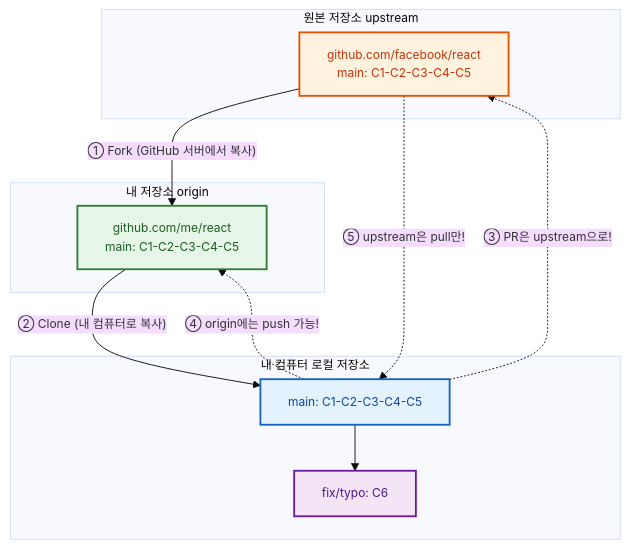
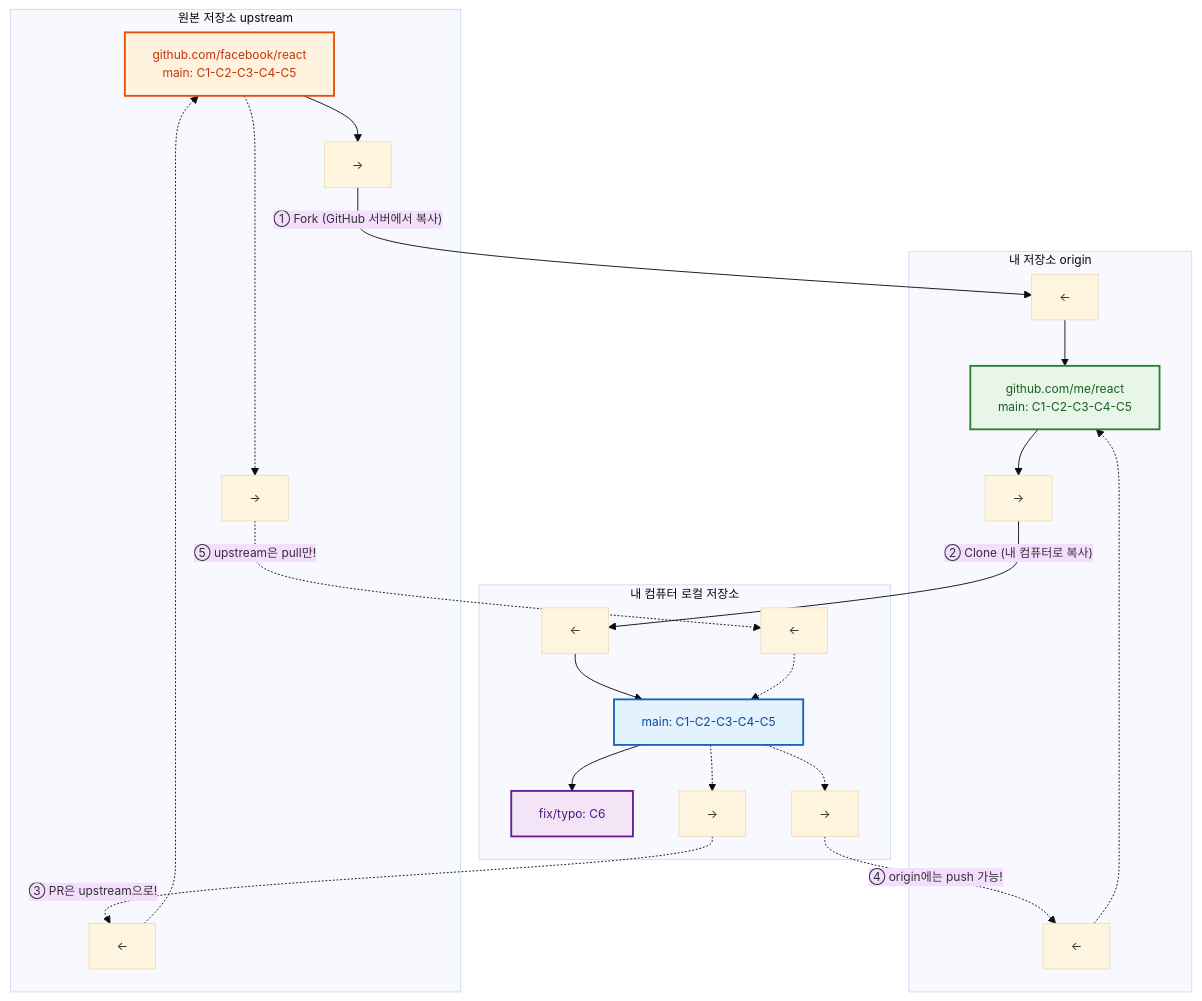
The first of 2 diagrams in git/06_GitHub/04_Fork와_기여.md (jingu279/Document), drawn with Mermaid before and after one commit. The commit also changed 2 other files, not shown here.

Commit message:
Fix Git book cross-subgraph Mermaid connections
3 files, 7 cross-subgraph connections fixed:
- 추가와_커밋: WD→SA→RE bridge nodes
- Fork와_기여: Upstream→Origin→Local bridge nodes
- Gerrit_소개: Developer→GerritServer bridge nodes

````diff
--- a/git/06_GitHub/04_Fork와_기여.md
+++ b/git/06_GitHub/04_Fork와_기여.md
@@ -89,28 +89,47 @@
 ```mermaid
 %%{init: {'theme': 'base', 'themeVariables': {'fontSize': '13px'}}}%%
 flowchart TB
   classDef main fill:#fff3e0,stroke:#e65100,stroke-width:2px,color:#bf360c
   classDef sub fill:#e8f5e9,stroke:#2e7d32,stroke-width:2px,color:#1b5e20
   classDef proc fill:#e3f2fd,stroke:#1565c0,stroke-width:2px,color:#0d47a1
   classDef decision fill:#fff9c4,stroke:#f9a825,stroke-width:2px,color:#e65100
   classDef highlight fill:#f3e5f5,stroke:#6a1b9a,stroke-width:2px,color:#4a148c
   subgraph Upstream[원본 저장소 upstream]
     U["github.com/facebook/react<br/>main: C1-C2-C3-C4-C5"]:::main
+    U --> Up_Out1
+    Up_In -.-> U
+    U -.-> Up_Out2
   end
 
   subgraph Origin[내 저장소 origin]
-    O["github.com/me/react<br/>main: C1-C2-C3-C4-C5"]:::sub
+    Or_In1["←"] --> O["github.com/me/react<br/>main: C1-C2-C3-C4-C5"]:::sub
+    O --> Or_Out
+    Or_In2["←"] -.-> O
   end
 
   subgraph Local[내 컴퓨터 로컬 저장소]
-    L1["main: C1-C2-C3-C4-C5"]:::proc
+    Lo_In1["←"] --> L1["main: C1-C2-C3-C4-C5"]:::proc
     L2["fix/typo: C6"]:::highlight
     L1 --> L2
+    L1 -.-> Lo_Out1
+    L1 -.-> Lo_Out2
+    Lo_In2["←"] -.-> L1
   end
 
-  U -->|"① Fork (GitHub 서버에서 복사)"| O
-  O -->|"② Clone (내 컴퓨터로 복사)"| L1
-  L1 -.->|"③ PR은 upstream으로!"| U
-  L1 -.->|"④ origin에는 push 가능!"| O
-  U -.->|"⑤ upstream은 pull만!"| L1
+  Up_Out1["→"]
+  Up_Out2["→"]
+  Up_In["←"]
+  Or_In1["←"]
+  Or_Out["→"]
+  Or_In2["←"]
+  Lo_In1["←"]
+  Lo_Out1["→"]
+  Lo_Out2["→"]
+  Lo_In2["←"]
+
+  Up_Out1 -->|"① Fork (GitHub 서버에서 복사)"| Or_In1
+  Or_Out -->|"② Clone (내 컴퓨터로 복사)"| Lo_In1
+  Lo_Out1 -.->|"③ PR은 upstream으로!"| Up_In
+  Lo_Out2 -.->|"④ origin에는 push 가능!"| Or_In2
+  Up_Out2 -.->|"⑤ upstream은 pull만!"| Lo_In2
 ```
````
